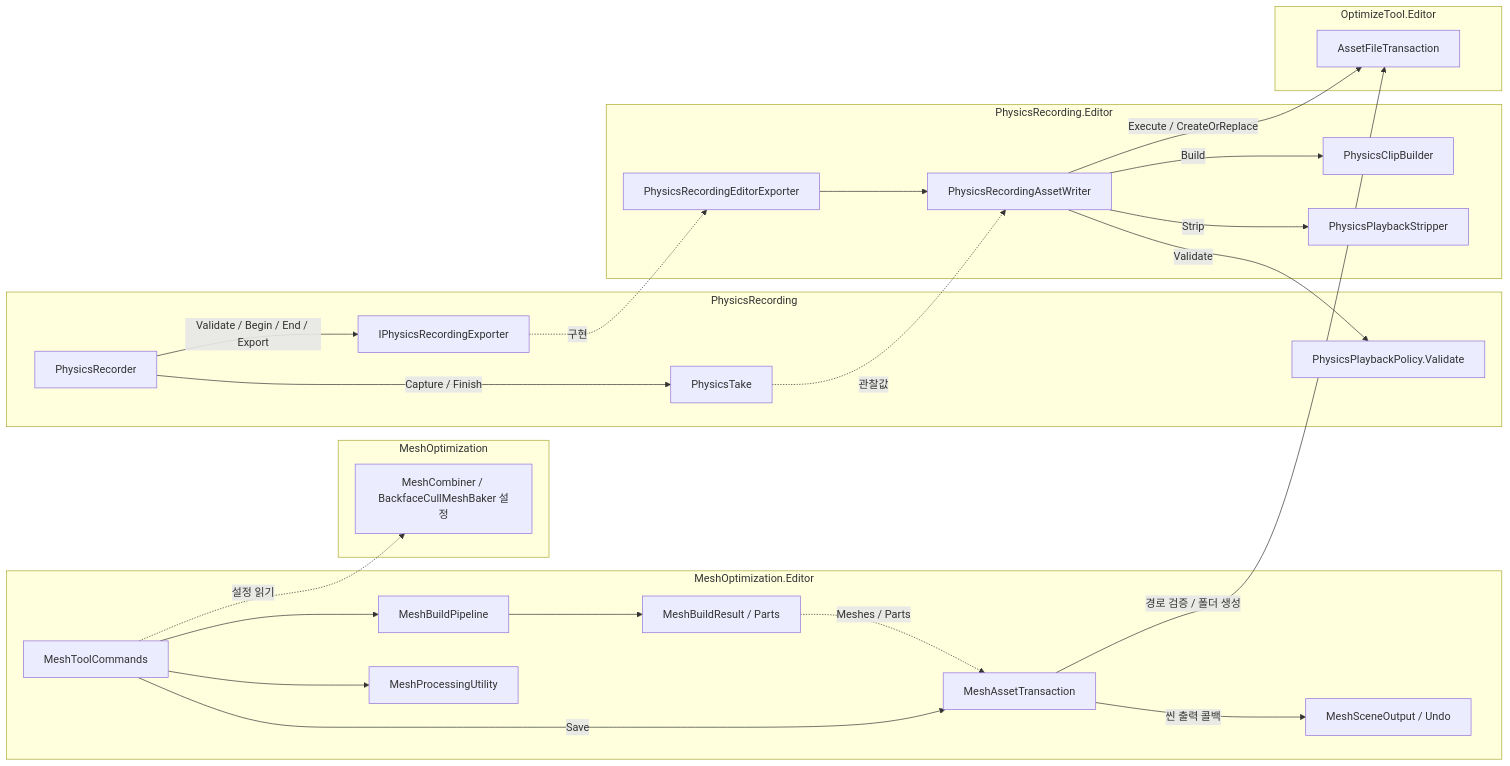
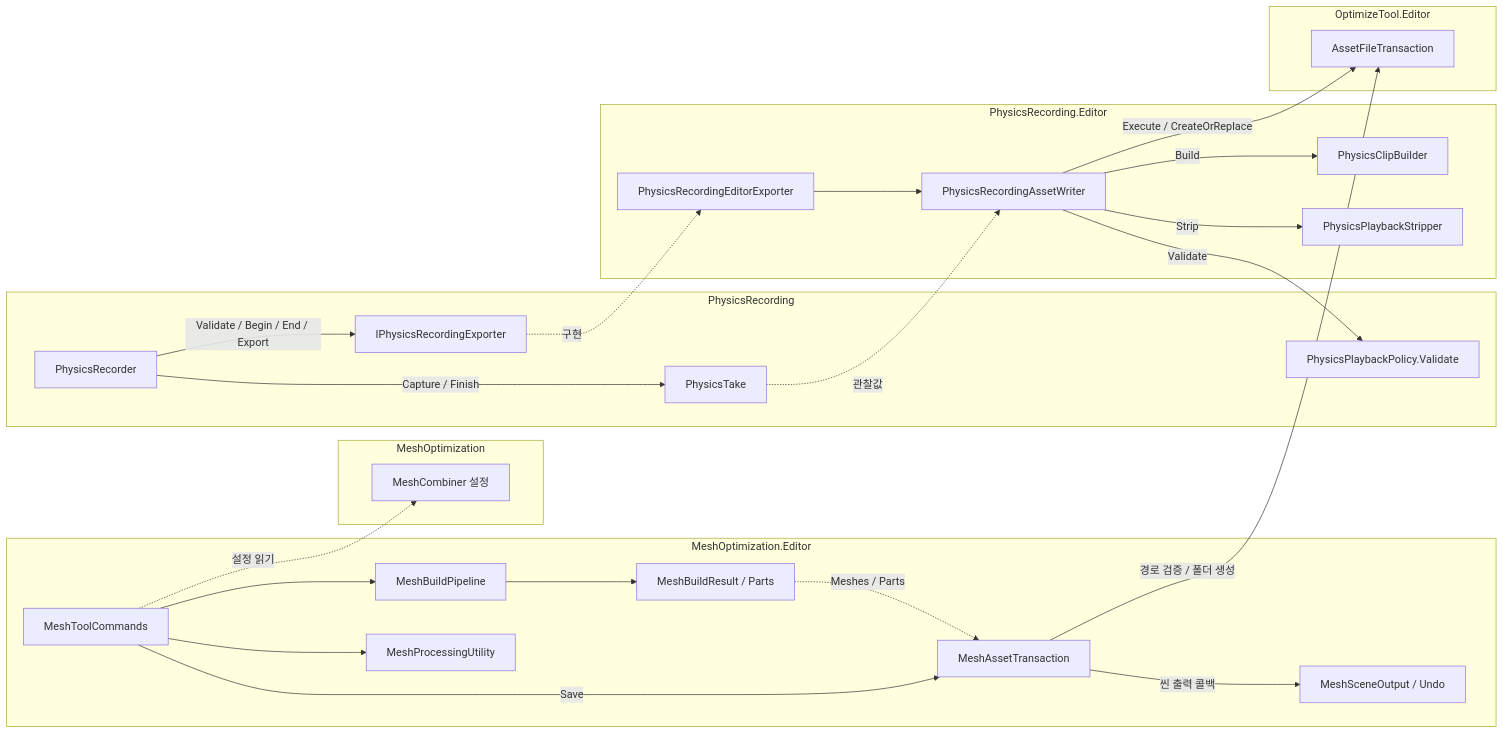
One commit to youwonsock/tool-unity-editor changed the diagram in ToyProject/Assets/_OptimizeTool/Docs/TechnicalNotes.md. Above: the diagram before and after it, drawn with Mermaid. The commit also changed other lines of this file and 8 other files, not shown here.

First line of the commit message:
쓰이지 않는 BackfaceCullMeshBaker를 삭제함

````diff
--- a/ToyProject/Assets/_OptimizeTool/Docs/TechnicalNotes.md
+++ b/ToyProject/Assets/_OptimizeTool/Docs/TechnicalNotes.md
@@ -43,33 +43,33 @@
 ```mermaid
 flowchart LR
     subgraph Mesh[MeshOptimization]
-        Combiner[MeshCombiner / BackfaceCullMeshBaker 설정]
+        Combiner[MeshCombiner 설정]
     end
     subgraph MeshEditor[MeshOptimization.Editor]
         Commands[MeshToolCommands] --> Pipeline[MeshBuildPipeline]
         Pipeline --> Result[MeshBuildResult / Parts]
         Commands -->|Save| MeshSave[MeshAssetTransaction]
         Result -. Meshes / Parts .-> MeshSave
         MeshSave -->|씬 출력 콜백| Scene[MeshSceneOutput / Undo]
         Commands --> Geometry[MeshProcessingUtility]
     end
     subgraph Physics[PhysicsRecording]
         Recorder[PhysicsRecorder] -->|Capture / Finish| Take[PhysicsTake]
         Recorder -->|Validate / Begin / End / Export| Port[IPhysicsRecordingExporter]
         Policy[PhysicsPlaybackPolicy.Validate]
     end
     subgraph PhysicsEditor[PhysicsRecording.Editor]
         Exporter[PhysicsRecordingEditorExporter] --> Writer[PhysicsRecordingAssetWriter]
         Writer -->|Build| ClipBuilder[PhysicsClipBuilder]
         Writer -->|Strip| Stripper[PhysicsPlaybackStripper]
     end
     subgraph Shared[OptimizeTool.Editor]
         FileTx[AssetFileTransaction]
     end
     Commands -. 설정 읽기 .-> Combiner
     Port -. 구현 .-> Exporter
     Take -. 관찰값 .-> Writer
     Writer -->|Validate| Policy
     Writer -->|Execute / CreateOrReplace| FileTx
     MeshSave -->|경로 검증 / 폴더 생성| FileTx
 ```
````
